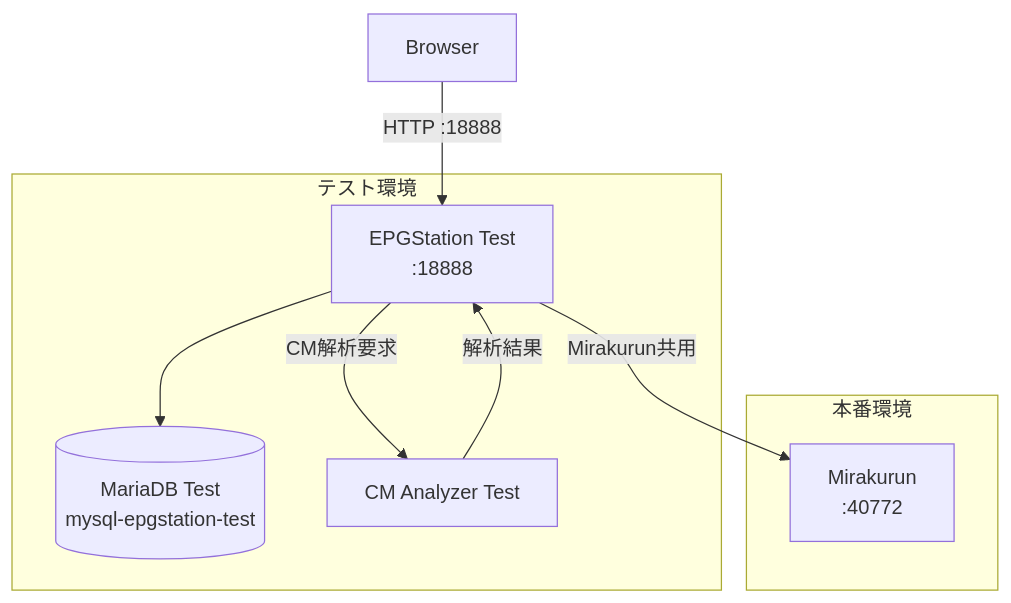
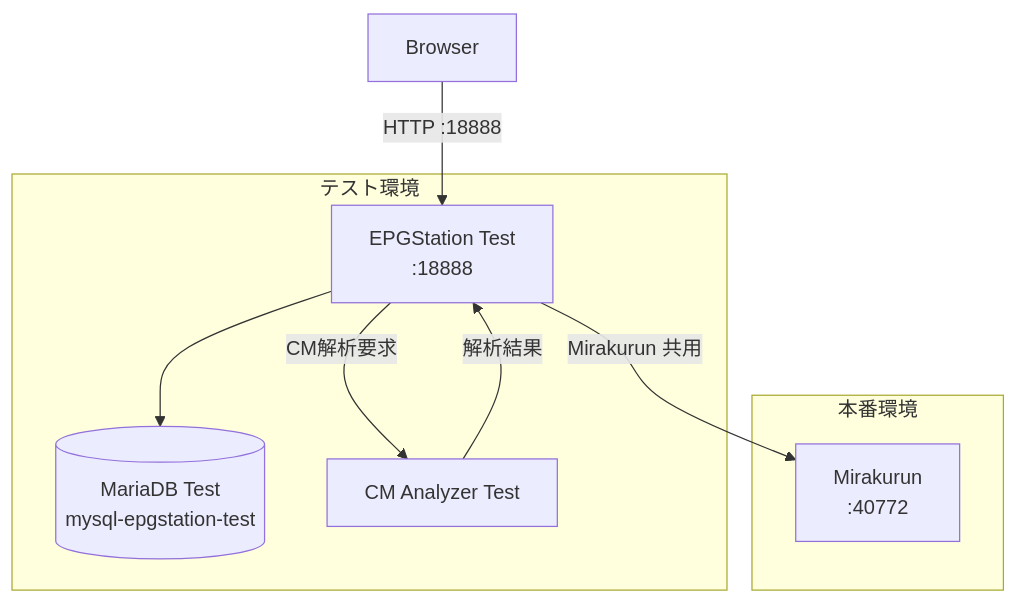
One commit to rucola-salad/docker-mirakurun-epgstation changed the sixth of 7 diagrams in README.md. Above: the diagram before and after it, drawn with Mermaid. The commit also changed other lines of this file, not shown here.

````diff
--- a/README.md
+++ b/README.md
@@ -260,20 +317,17 @@
 ```mermaid
 flowchart TD
     Browser[Browser]
-
     subgraph Production[本番環境]
         MIR[Mirakurun<br/>:40772]
     end
-
     subgraph Test[テスト環境]
         EPGT[EPGStation Test<br/>:18888]
         DBT[(MariaDB Test<br/>mysql-epgstation-test)]
         CMAT[CM Analyzer Test]
     end
-
     Browser -->|HTTP :18888| EPGT
     EPGT --> DBT
-    EPGT -->|Mirakurun共用| MIR
+    EPGT -->|Mirakurun 共用| MIR
     EPGT -->|CM解析要求| CMAT
     CMAT -->|解析結果| EPGT
 ```
````
